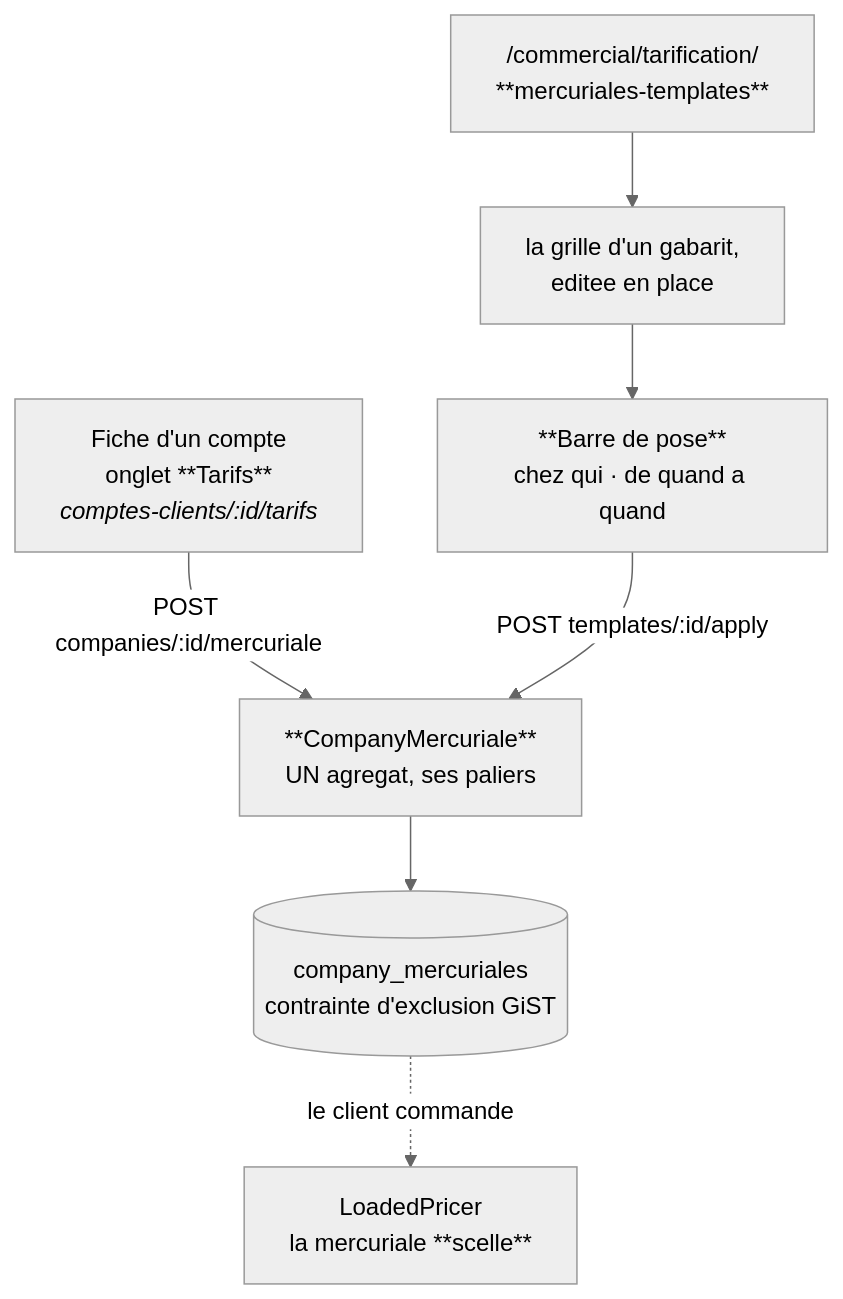
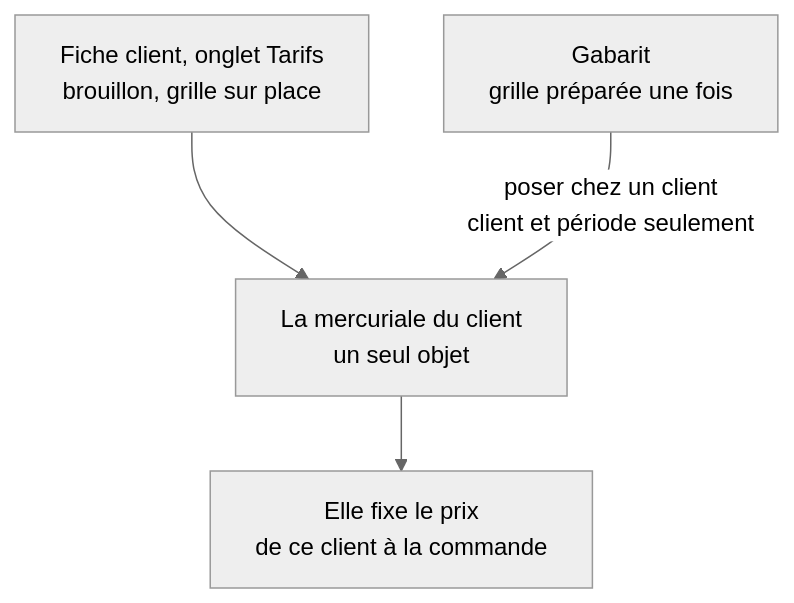
The diagram in documentation/pricing/mercuriales/etat-des-lieux-mercuriale-client.md (hugoheynard/lfd), drawn with Mermaid (neutral theme) before and after one commit. The commit also changed other lines of this file and 1 other file, not shown here.

First line of the commit message:
docs(pricing): établir une mercuriale, réécrit contre le code

````diff
--- a/documentation/pricing/mercuriales/etat-des-lieux-mercuriale-client.md
+++ b/documentation/pricing/mercuriales/etat-des-lieux-mercuriale-client.md
@@ -29,14 +22,6 @@
 ```mermaid
 flowchart TD
-  Fiche["Fiche d'un compte<br/>onglet **Tarifs**<br/><i>comptes-clients/:id/tarifs</i>"]
-  Liste["/commercial/tarification/<br/>**mercuriales-templates**"]
-  Grille["la grille d'un gabarit,<br/>editee en place"]
-  Barre["**Barre de pose**<br/>chez qui · de quand a quand"]
-
-  Fiche -->|"POST companies/:id/mercuriale"| Agg
-  Liste --> Grille --> Barre
-  Barre -->|"POST templates/:id/apply"| Agg["**CompanyMercuriale**<br/>UN agregat, ses paliers"]
-
-  Agg --> DB[("company_mercuriales<br/>contrainte d'exclusion GiST")]
-  DB -.->|le client commande| Resolve["LoadedPricer<br/>la mercuriale **scelle**"]
+  F["Fiche client, onglet Tarifs<br/>brouillon, grille sur place"] --> M["La mercuriale du client<br/>un seul objet"]
+  G["Gabarit<br/>grille préparée une fois"] -->|"poser chez un client<br/>client et période seulement"| M
+  M --> P["Elle fixe le prix<br/>de ce client à la commande"]
 ```
````
